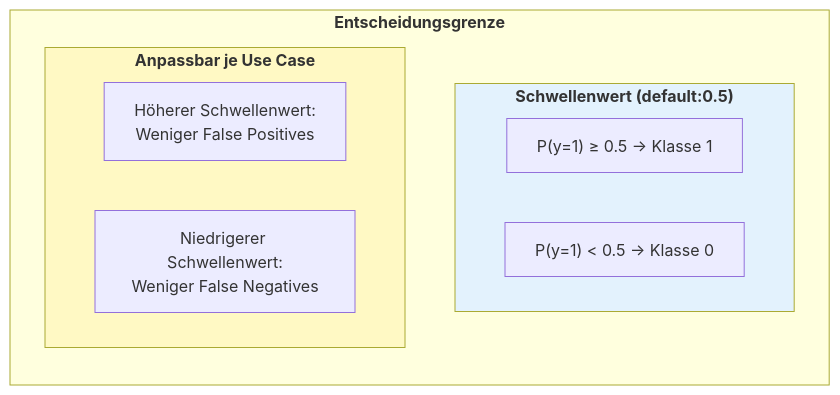
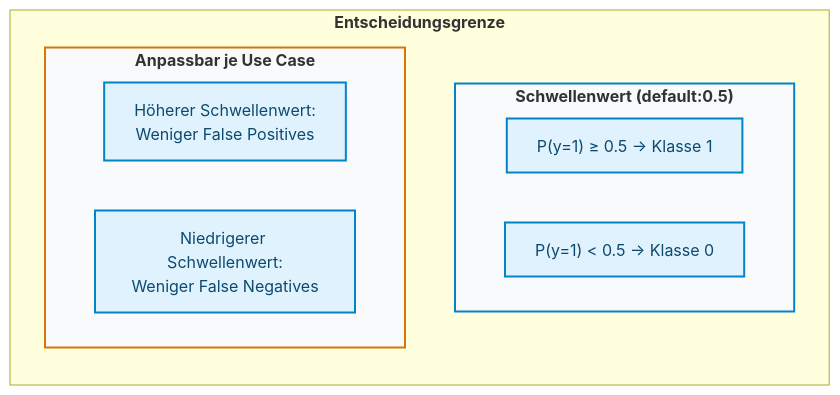
Before and after one commit to ralf-42/ML_Intro: the eighth of 9 diagrams in docs/concepts/modeling/regression.md, drawn with Mermaid. The commit also changed other lines of this file and 67 other files, not shown here.

````diff
--- a/docs/concepts/modeling/regression.md
+++ b/docs/concepts/modeling/regression.md
@@ -351,19 +356,20 @@
 ```mermaid
 flowchart TB
     subgraph decision["<b>Entscheidungsgrenze"]
         direction TB
         
         subgraph threshold["<b>Schwellenwert (default:0.5)"]
             T1["P(y=1) ≥ 0.5 → Klasse 1"]
             T2["P(y=1) < 0.5 → Klasse 0"]
         end
         
         subgraph adjust["<b>Anpassbar je Use Case"]
             A1["Höherer Schwellenwert:<br/>Weniger False Positives"]
             A2["Niedrigerer Schwellenwert:<br/>Weniger False Negatives"]
         end
     end
-    
-    style threshold fill:#e3f2fd
-    style adjust fill:#fff9c4
+
+    classDef default fill:#e0f2fe,stroke:#0284c7,stroke-width:2px,color:#0c4a6e;
+    style threshold fill:#f8fafc,stroke:#0284c7,stroke-width:2px
+    style adjust fill:#f8fafc,stroke:#d97706,stroke-width:2px
 ```
````
